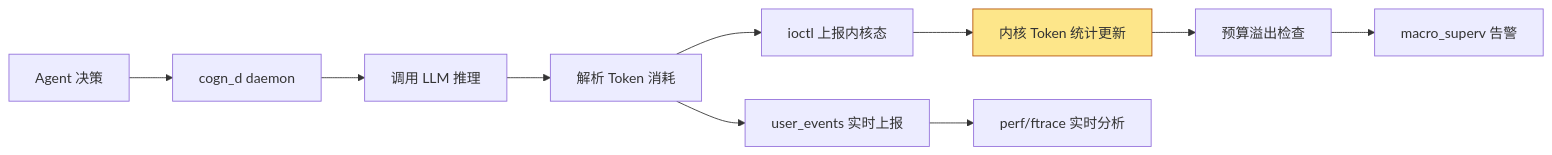
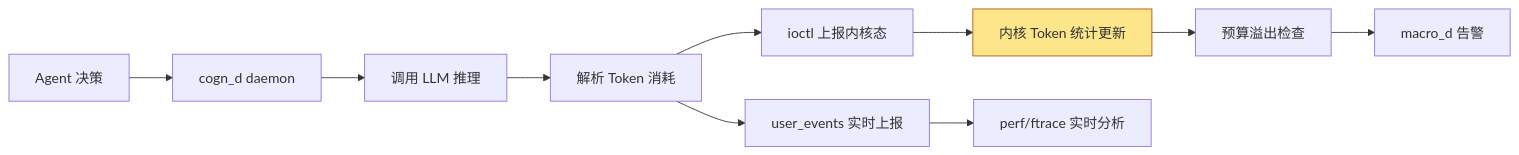
Before and after one commit to openairymax/docs-linux: the diagram in 90-observability/07-token-efficiency.md, drawn with Mermaid. The commit also changed other lines of this file and 71 other files, not shown here.

Commit message:
docs: 统一替换宏监管与守护进程命名 完成全文档的命名规范对齐： 1. 将 macro_superv 统一替换为 macro_d 2. 将 logger_daemon 统一替换为 logger_d

````diff
--- a/90-observability/07-token-efficiency.md
+++ b/90-observability/07-token-efficiency.md
@@ -505,13 +505,13 @@
 ```mermaid
 graph LR
     A[Agent 决策] --> B[cogn_d daemon]
     B --> C[调用 LLM 推理]
     C --> D[解析 Token 消耗]
     D --> E[ioctl 上报内核态]
     D --> F[user_events 实时上报]
     E --> G[内核 Token 统计更新]
     G --> H[预算溢出检查]
-    H --> I[macro_superv 告警]
+    H --> I[macro_d 告警]
     F --> J[perf/ftrace 实时分析]
     style G fill:#fde68a,stroke:#b45309
 ```
````
